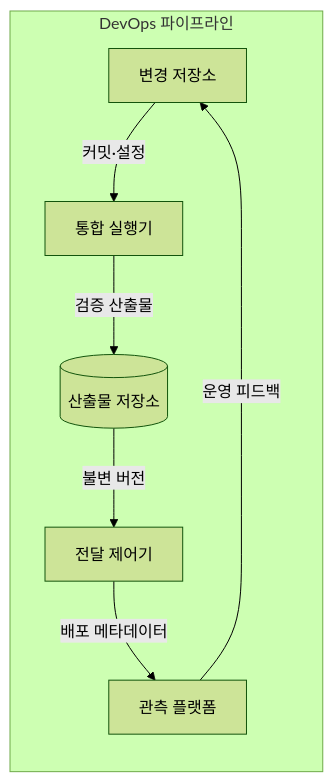
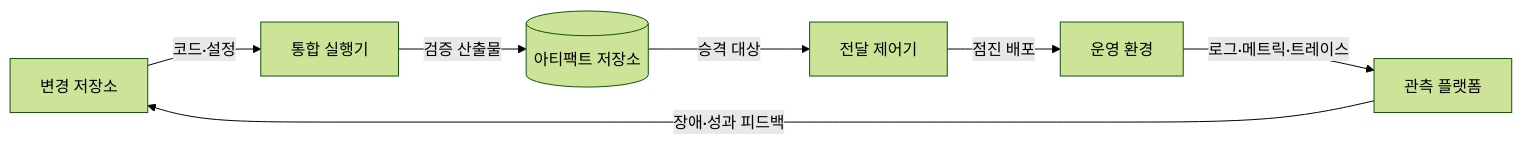
The first of 2 diagrams in src/content/docs/notes/03-software/056_devops_pipeline.md (agnusdei1207/knowledge-base), drawn with Mermaid (forest theme) before and after one commit. The commit also changed other lines of this file and 7 other files, not shown here.

````diff
--- a/src/content/docs/notes/03-software/056_devops_pipeline.md
+++ b/src/content/docs/notes/03-software/056_devops_pipeline.md
@@ -63,15 +55,9 @@
 ```mermaid
 flowchart LR
-    subgraph P[DevOps 파이프라인]
-        R[변경 저장소]
-        I[통합 실행기]
-        A[(산출물 저장소)]
-        D[전달 제어기]
-        O[관측 플랫폼]
-        R -->|커밋·설정| I
-        I -->|검증 산출물| A
-        A -->|불변 버전| D
-        D -->|배포 메타데이터| O
-        O -->|운영 피드백| R
-    end
+    S[변경 저장소] -->|코드·설정| C[통합 실행기]
+    C -->|검증 산출물| A[(아티팩트 저장소)]
+    A -->|승격 대상| D[전달 제어기]
+    D -->|점진 배포| E[운영 환경]
+    E -->|로그·메트릭·트레이스| O[관측 플랫폼]
+    O -->|장애·성과 피드백| S
 ```
````
